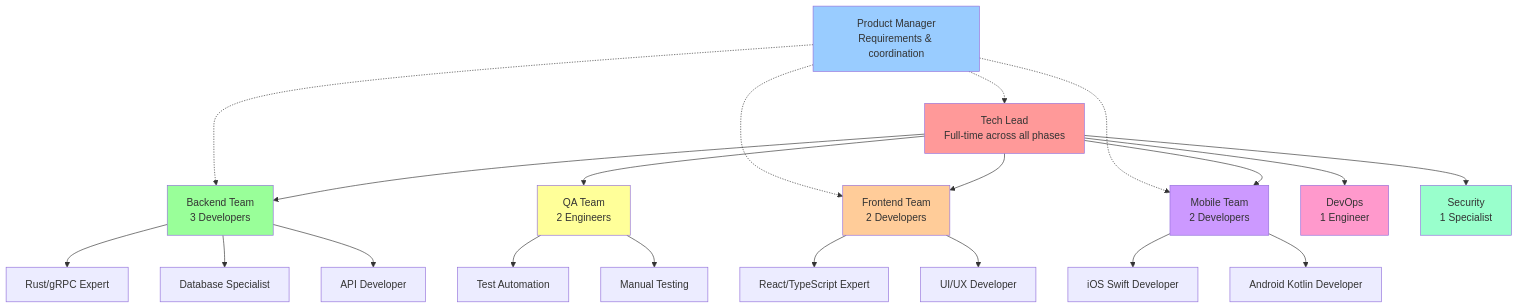
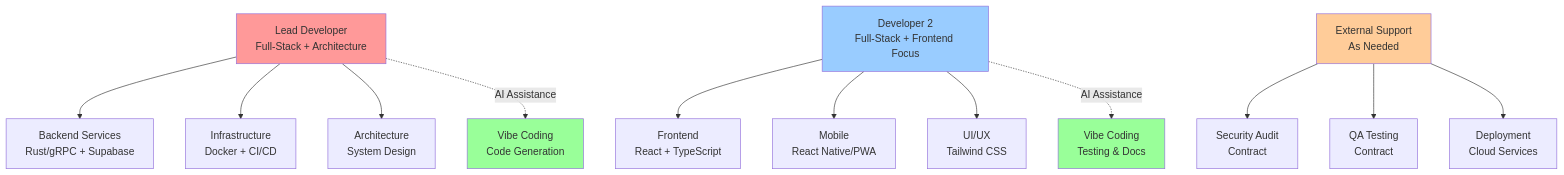
Before and after one commit to health-tech-uhi/blueprint: the fourth of 11 diagrams in 05-implementation-plan.md, drawn with Mermaid. The commit also changed other lines of this file and 1 other file, not shown here.

````diff
--- a/05-implementation-plan.md
+++ b/05-implementation-plan.md
@@ -599,39 +434,27 @@
 ```mermaid
 graph TB
-    TL[Tech Lead<br/>Full-time across all phases]
-    PM[Product Manager<br/>Requirements & coordination]
+    LEAD[Lead Developer<br/>Full-Stack + Architecture]
+    DEV2[Developer 2<br/>Full-Stack + Frontend Focus]
     
-    TL --> BE[Backend Team<br/>3 Developers]
-    TL --> FE[Frontend Team<br/>2 Developers]
-    TL --> ME[Mobile Team<br/>2 Developers]
-    TL --> QA[QA Team<br/>2 Engineers]
-    TL --> DO[DevOps<br/>1 Engineer]
-    TL --> SE[Security<br/>1 Specialist]
+    LEAD --> BACKEND[Backend Services<br/>Rust/gRPC + Supabase]
+    LEAD --> INFRA[Infrastructure<br/>Docker + CI/CD]
+    LEAD --> ARCH[Architecture<br/>System Design]
     
-    BE --> BE1[Rust/gRPC Expert]
-    BE --> BE2[Database Specialist]
-    BE --> BE3[API Developer]
+    DEV2 --> FRONTEND[Frontend<br/>React + TypeScript]
+    DEV2 --> MOBILE[Mobile<br/>React Native/PWA]
+    DEV2 --> UI[UI/UX<br/>Tailwind CSS]
     
-    FE --> FE1[React/TypeScript Expert]
-    FE --> FE2[UI/UX Developer]
+    LEAD -.->|AI Assistance| AI1[Vibe Coding<br/>Code Generation]
+    DEV2 -.->|AI Assistance| AI2[Vibe Coding<br/>Testing & Docs]
     
-    ME --> ME1[iOS Swift Developer]
-    ME --> ME2[Android Kotlin Developer]
+    EXTERNAL[External Support<br/>As Needed]
+    EXTERNAL --> SEC[Security Audit<br/>Contract]
+    EXTERNAL --> QA[QA Testing<br/>Contract]
+    EXTERNAL --> DEPLOY[Deployment<br/>Cloud Services]
     
-    QA --> QA1[Test Automation]
-    QA --> QA2[Manual Testing]
-    
-    PM -.-> TL
-    PM -.-> BE
-    PM -.-> FE
-    PM -.-> ME
-    
-    style TL fill:#ff9999
-    style PM fill:#99ccff
-    style BE fill:#99ff99
-    style FE fill:#ffcc99
-    style ME fill:#cc99ff
-    style QA fill:#ffff99
-    style DO fill:#ff99cc
-    style SE fill:#99ffcc
+    style LEAD fill:#ff9999
+    style DEV2 fill:#99ccff
+    style AI1 fill:#99ff99
+    style AI2 fill:#99ff99
+    style EXTERNAL fill:#ffcc99
 ```
````
